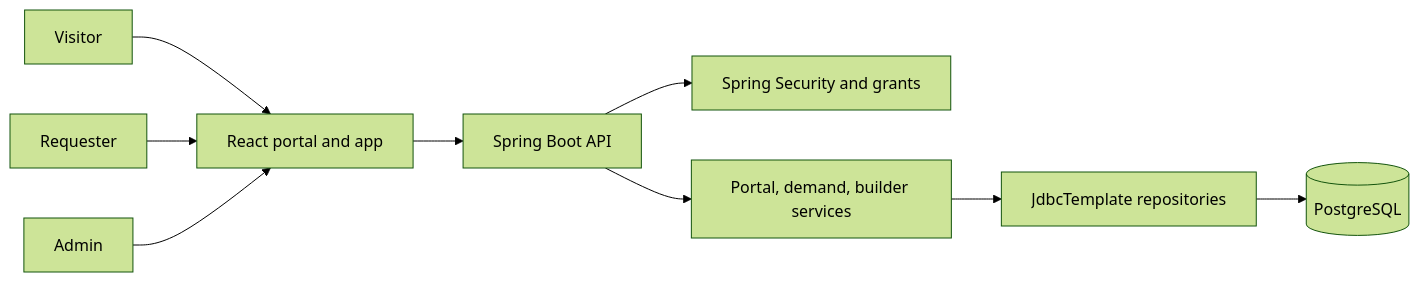
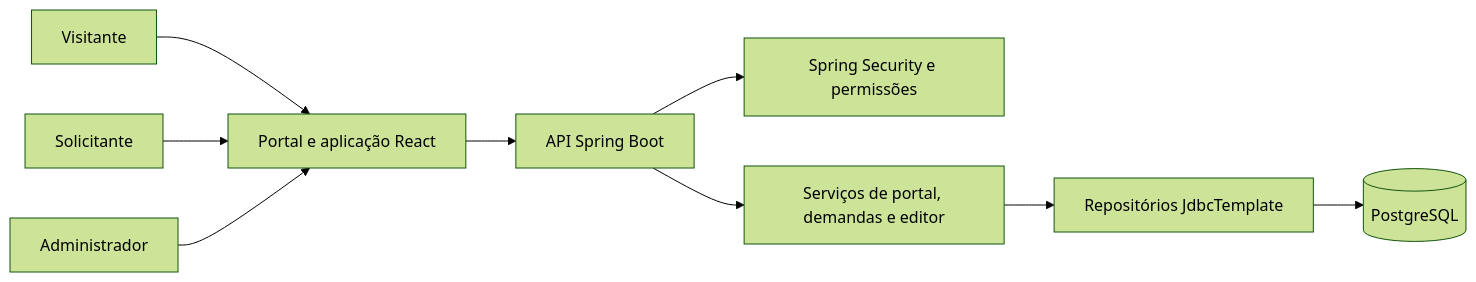
The diagram in docs/architecture/target.md (joaogcardoso/Website-e-Sistema-de-gestao-da-ITES), drawn with Mermaid (forest theme) before and after one commit. The commit also changed other lines of this file and 13 other files, not shown here.

````diff
--- a/docs/architecture/target.md
+++ b/docs/architecture/target.md
@@ -3,11 +3,11 @@
 ```mermaid
 flowchart LR
- Visitor --> React[React portal and app]
- Requester --> React
- Admin --> React
- React --> API[Spring Boot API]
- API --> Security[Spring Security and grants]
- API --> Domain[Portal, demand, builder services]
- Domain --> JDBC[JdbcTemplate repositories]
+ Visitante --> React[Portal e aplicação React]
+ Solicitante --> React
+ Administrador --> React
+ React --> API[API Spring Boot]
+ API --> Seguranca[Spring Security e permissões]
+ API --> Dominio[Serviços de portal, demandas e editor]
+ Dominio --> JDBC[Repositórios JdbcTemplate]
  JDBC --> PG[(PostgreSQL)]
 ```
````
